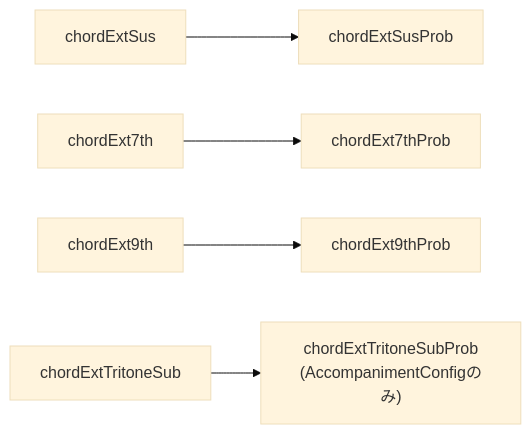
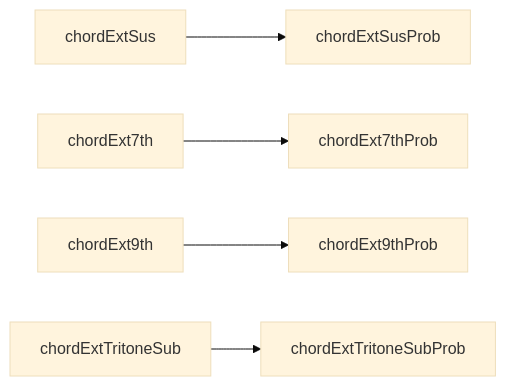
One commit to libraz/midi-sketch-homepage changed the fourth of 13 diagrams in src/ja/docs/option-relationships.md. Above: the diagram before and after it, drawn with Mermaid (base theme). The commit also changed other lines of this file and 91 other files, not shown here.

````diff
--- a/src/ja/docs/option-relationships.md
+++ b/src/ja/docs/option-relationships.md
@@ -73,7 +78,7 @@
 ```mermaid
 graph LR
     chordExtSus --> chordExtSusProb
     chordExt7th --> chordExt7thProb
     chordExt9th --> chordExt9thProb
-    chordExtTritoneSub --> chordExtTritoneSubProb["chordExtTritoneSubProb<br/>(AccompanimentConfigのみ)"]
+    chordExtTritoneSub --> chordExtTritoneSubProb
 ```
````
